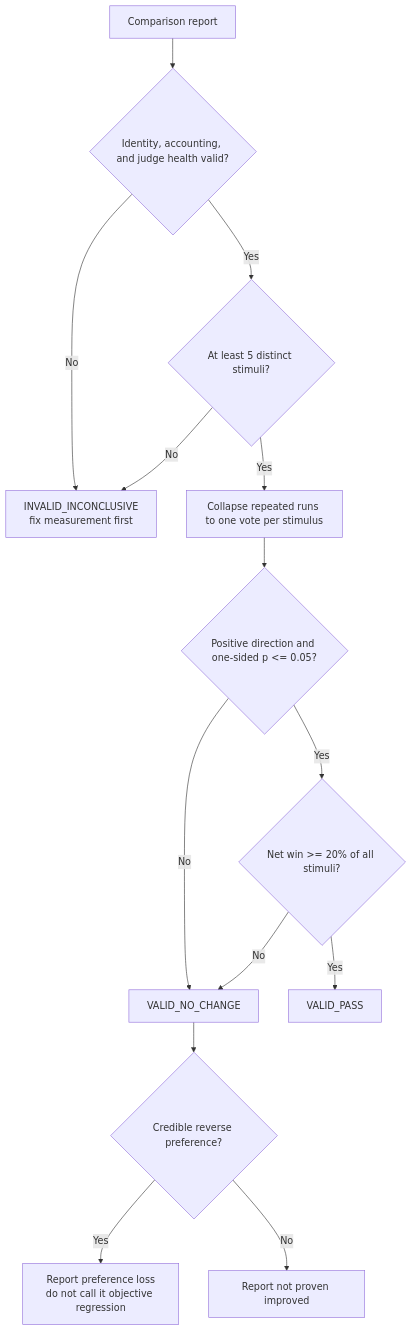
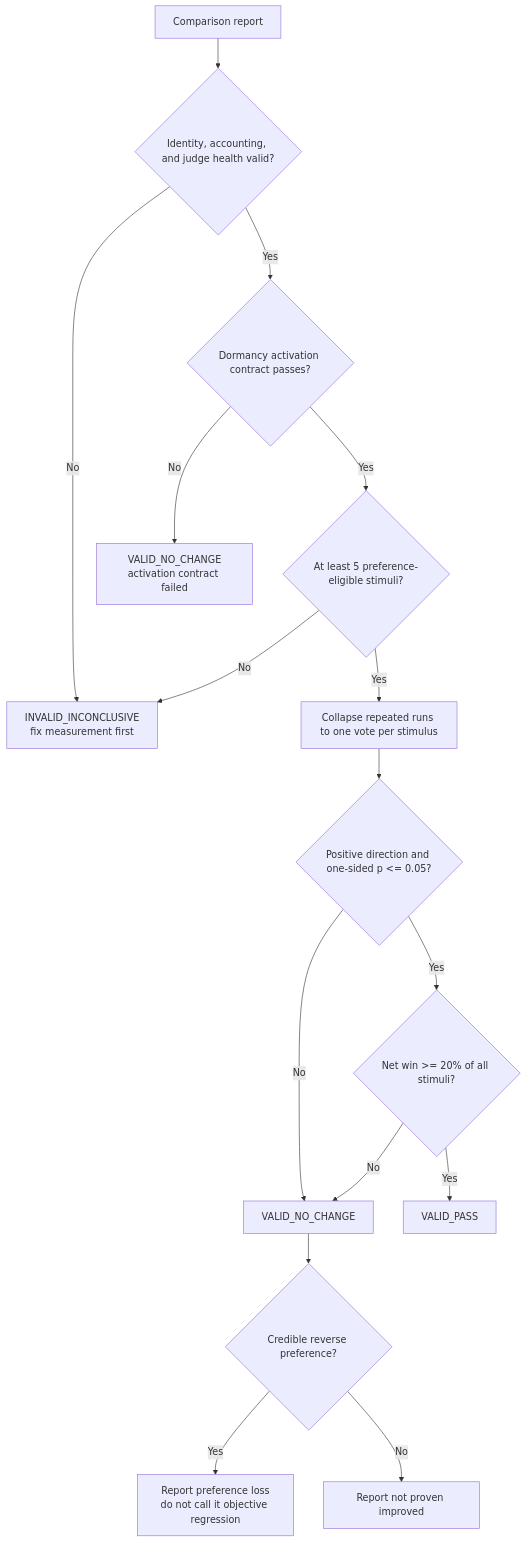
One commit to Glepooek/dotnet-skills changed the fourth of 5 diagrams in eng/vally-adapter/README.md. Above: the diagram before and after it, drawn with Mermaid. The commit also changed other lines of this file and 33 other files, not shown here.

````diff
--- a/eng/vally-adapter/README.md
+++ b/eng/vally-adapter/README.md
@@ -288,16 +312,18 @@
 ```mermaid
 flowchart TD
     A["Comparison report"] --> B{"Identity, accounting, and judge health valid?"}
     B -- No --> X["INVALID_INCONCLUSIVE<br/>fix measurement first"]
-    B -- Yes --> C{"At least 5 distinct stimuli?"}
+    B -- Yes --> AC{"Dormancy activation contract passes?"}
+    AC -- No --> CF["VALID_NO_CHANGE<br/>activation contract failed"]
+    AC -- Yes --> C{"At least 5 preference-eligible stimuli?"}
     C -- No --> X
     C -- Yes --> D["Collapse repeated runs to one vote per stimulus"]
     D --> E{"Positive direction and one-sided p <= 0.05?"}
     E -- No --> N["VALID_NO_CHANGE"]
     E -- Yes --> F{"Net win >= 20% of all stimuli?"}
     F -- No --> N
     F -- Yes --> P["VALID_PASS"]
     N --> G{"Credible reverse preference?"}
     G -- Yes --> H["Report preference loss<br/>do not call it objective regression"]
     G -- No --> I["Report not proven improved"]
 ```
````
